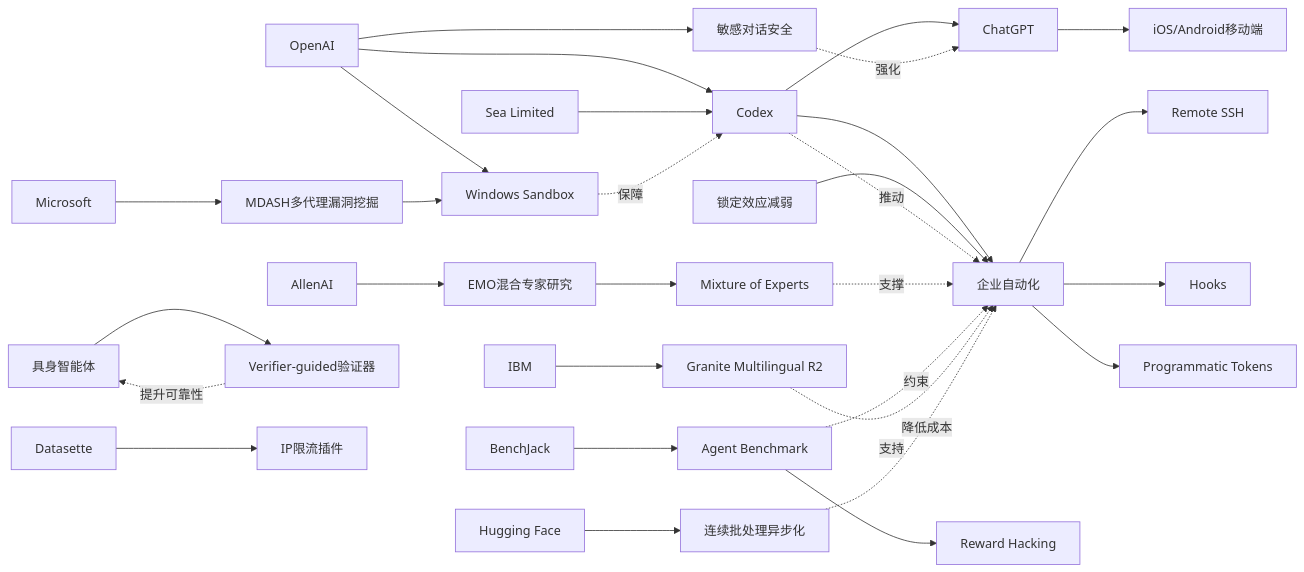
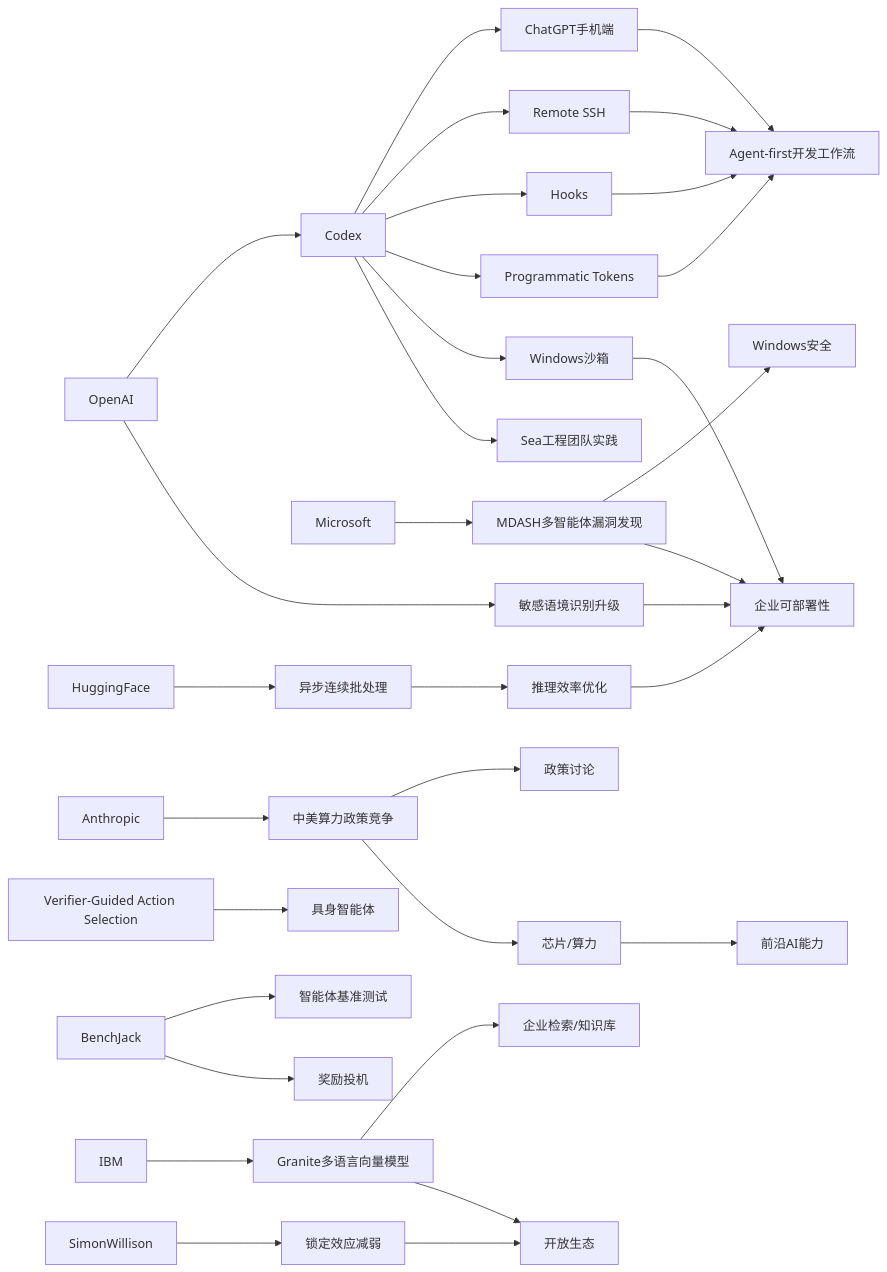
One commit to zhuxinfei/ai-daily-site changed the diagram in content/cn/2026/2026-05/2026-05-15.md. Above: the diagram before and after it, drawn with Mermaid. The commit also changed other lines of this file, not shown here.

````diff
--- a/content/cn/2026/2026-05/2026-05-15.md
+++ b/content/cn/2026/2026-05/2026-05-15.md
@@ -140,67 +118,45 @@
 ```mermaid
 graph LR
-    OpenAI[OpenAI]
-    Codex[Codex]
-    ChatGPT[ChatGPT]
-    Mobile[iOS/Android移动端]
-    Enterprise[企业自动化]
-    SSH[Remote SSH]
-    Hooks[Hooks]
-    Tokens[Programmatic Tokens]
-    Sea[Sea Limited]
-    Sandbox[Windows Sandbox]
-    Safety[敏感对话安全]
-    Microsoft[Microsoft]
-    MDASH[MDASH多代理漏洞挖掘]
+    OpenAI --> Codex
+    Codex --> ChatGPT_Mobile[ChatGPT手机端]
+    Codex --> RemoteSSH[Remote SSH]
+    Codex --> Hooks[Hooks]
+    Codex --> Tokens[Programmatic Tokens]
+    Codex --> WinSandbox[Windows沙箱]
+    Codex --> Sea[Sea工程团队实践]
 
-    AllenAI[AllenAI]
-    EMO[EMO混合专家研究]
-    MoE[Mixture of Experts]
-    Embodied[具身智能体]
-    Verifier[Verifier-guided验证器]
-    BenchJack[BenchJack]
-    Benchmark[Agent Benchmark]
-    Reward[Reward Hacking]
+    OpenAI --> SafetyContext[敏感语境识别升级]
 
-    IBM[IBM]
-    Granite[Granite Multilingual R2]
-    HF[Hugging Face]
-    Batching[连续批处理异步化]
-    Datasette[Datasette]
-    RateLimit[IP限流插件]
-    Lockin[锁定效应减弱]
+    Microsoft --> MDASH[MDASH多智能体漏洞发现]
+    MDASH --> Windows[Windows安全]
 
-    OpenAI --> Codex
-    Codex --> ChatGPT
-    ChatGPT --> Mobile
-    Codex --> Enterprise
-    Enterprise --> SSH
-    Enterprise --> Hooks
-    Enterprise --> Tokens
-    Sea --> Codex
+    Anthropic --> ComputePolicy[中美算力政策竞争]
+    ComputePolicy --> Washington[政策讨论]
+    ComputePolicy --> Chips[芯片/算力]
 
-    OpenAI --> Sandbox
-    OpenAI --> Safety
-    Microsoft --> MDASH
-    MDASH --> Sandbox
+    IBM --> Granite[Granite多语言向量模型]
+    Granite --> EnterpriseSearch[企业检索/知识库]
 
-    AllenAI --> EMO
-    EMO --> MoE
-    Embodied --> Verifier
-    BenchJack --> Benchmark
-    Benchmark --> Reward
+    HuggingFace --> AsyncBatching[异步连续批处理]
+    AsyncBatching --> Inference[推理效率优化]
 
-    IBM --> Granite
-    HF --> Batching
-    Datasette --> RateLimit
-    Lockin --> Enterprise
+    VerifierPaper[Verifier-Guided Action Selection] --> EmbodiedAgents[具身智能体]
+    BenchJack --> AgentBenchmarks[智能体基准测试]
+    BenchJack --> RewardHacking[奖励投机]
 
-    Codex -.推动.-> Enterprise
-    Sandbox -.保障.-> Codex
-    Safety -.强化.-> ChatGPT
-    MoE -.支撑.-> Enterprise
-    Verifier -.提升可靠性.-> Embodied
-    Benchmark -.约束.-> Enterprise
-    Granite -.支持.-> Enterprise
-    Batching -.降低成本.-> Enterprise
+    SimonWillison --> LockIn[锁定效应减弱]
+
+    ChatGPT_Mobile --> AgentFirst[Agent-first开发工作流]
+    RemoteSSH --> AgentFirst
+    Hooks --> AgentFirst
+    Tokens --> AgentFirst
+
+    WinSandbox --> EnterpriseAdoption[企业可部署性]
+    SafetyContext --> EnterpriseAdoption
+    MDASH --> EnterpriseAdoption
+
+    Chips --> FrontierAI[前沿AI能力]
+    Inference --> EnterpriseAdoption
+    Granite --> OpenEcosystem[开放生态]
+    LockIn --> OpenEcosystem
 ```
````
